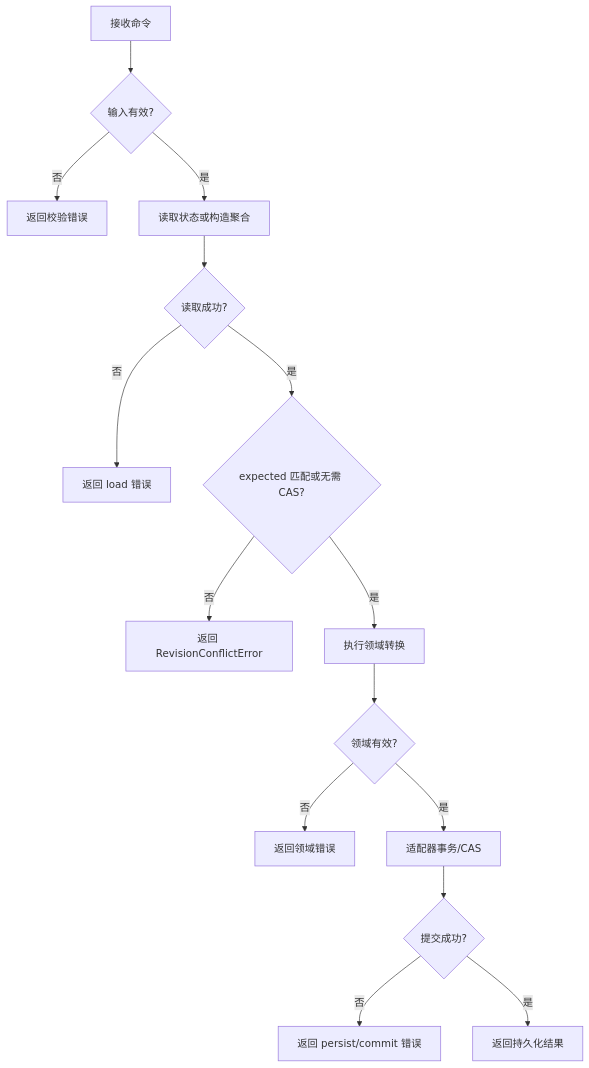
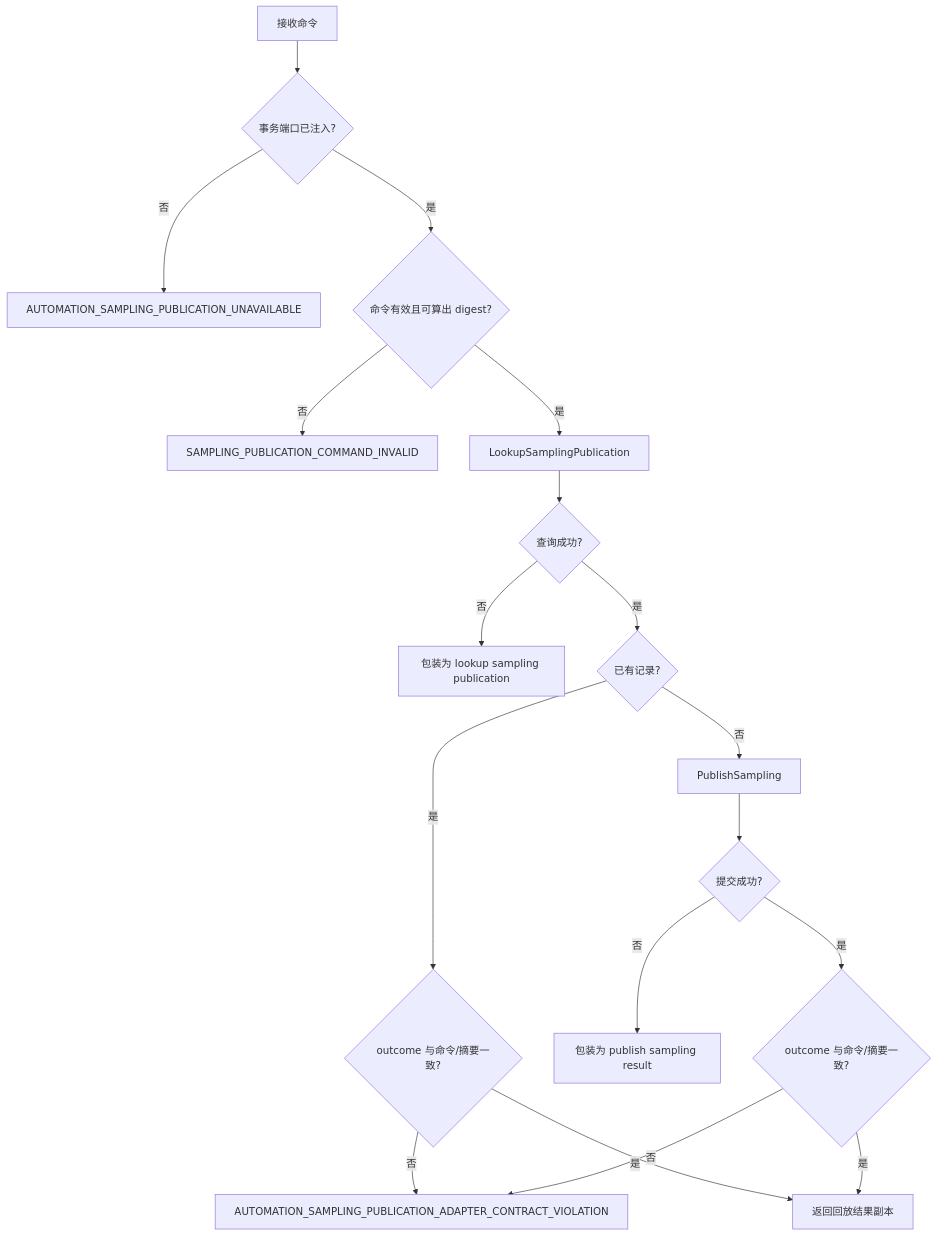
Before and after one commit to Capsule7446/healix-core: the second of 2 diagrams in docs/application/automation/publish-sampling.md, drawn with Mermaid. The commit also changed other lines of this file and 380 other files, not shown here.

````diff
--- a/docs/application/automation/publish-sampling.md
+++ b/docs/application/automation/publish-sampling.md
@@ -61,17 +57,20 @@
 ```mermaid
 flowchart TD
-    I[接收命令] --> V{输入有效?}
-    V -- 否 --> E1[返回校验错误]
-    V -- 是 --> L[读取状态或构造聚合]
-    L --> LR{读取成功?}
-    LR -- 否 --> E2[返回 load 错误]
-    LR -- 是 --> C{expected 匹配或无需 CAS?}
-    C -- 否 --> E3[返回 RevisionConflictError]
-    C -- 是 --> T[执行领域转换]
-    T --> TV{领域有效?}
-    TV -- 否 --> E4[返回领域错误]
-    TV -- 是 --> P[适配器事务/CAS]
+    I[接收命令] --> V{事务端口已注入?}
+    V -- 否 --> E1[AUTOMATION_SAMPLING_PUBLICATION_UNAVAILABLE]
+    V -- 是 --> T{命令有效且可算出 digest?}
+    T -- 否 --> E2[SAMPLING_PUBLICATION_COMMAND_INVALID]
+    T -- 是 --> L[LookupSamplingPublication]
+    L --> LR{查询成功?}
+    LR -- 否 --> E3[包装为 lookup sampling publication]
+    LR -- 是 --> F{已有记录?}
+    F -- 是 --> C1{outcome 与命令/摘要一致?}
+    C1 -- 否 --> E4[AUTOMATION_SAMPLING_PUBLICATION_ADAPTER_CONTRACT_VIOLATION]
+    C1 -- 是 --> O[返回回放结果副本]
+    F -- 否 --> P[PublishSampling]
     P --> PS{提交成功?}
-    PS -- 否 --> E5[返回 persist/commit 错误]
-    PS -- 是 --> O[返回持久化结果]
+    PS -- 否 --> E5[包装为 publish sampling result]
+    PS -- 是 --> C2{outcome 与命令/摘要一致?}
+    C2 -- 否 --> E4
+    C2 -- 是 --> O
 ```
````
